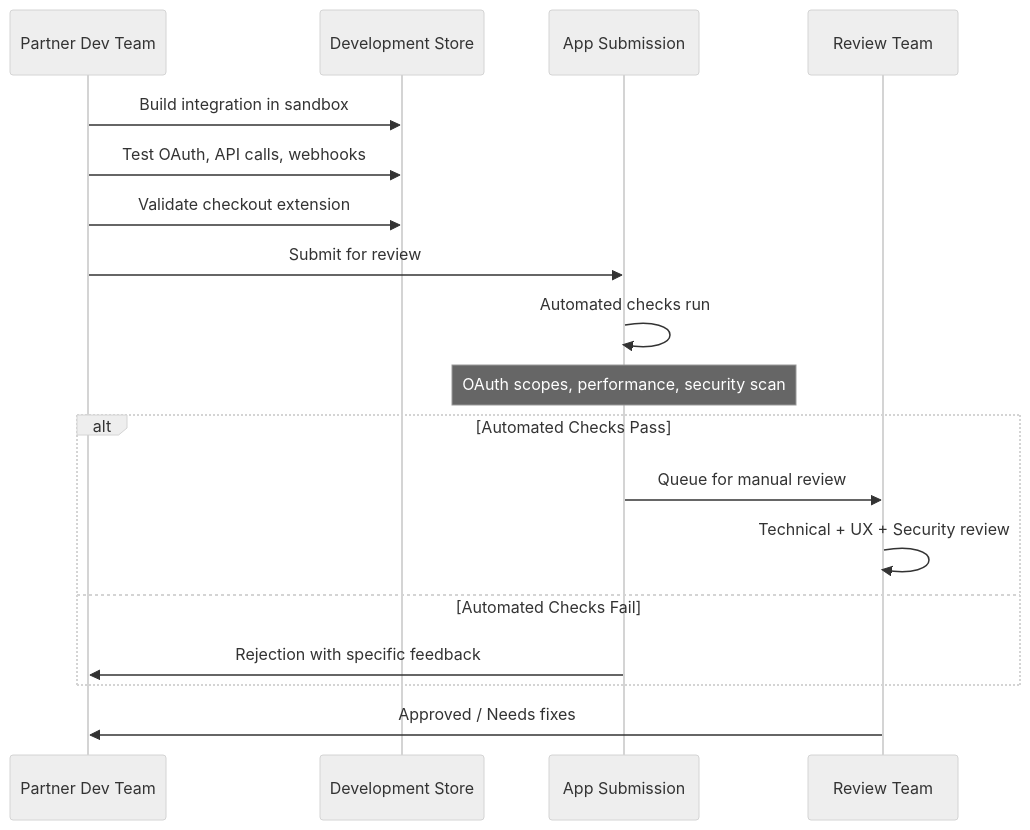
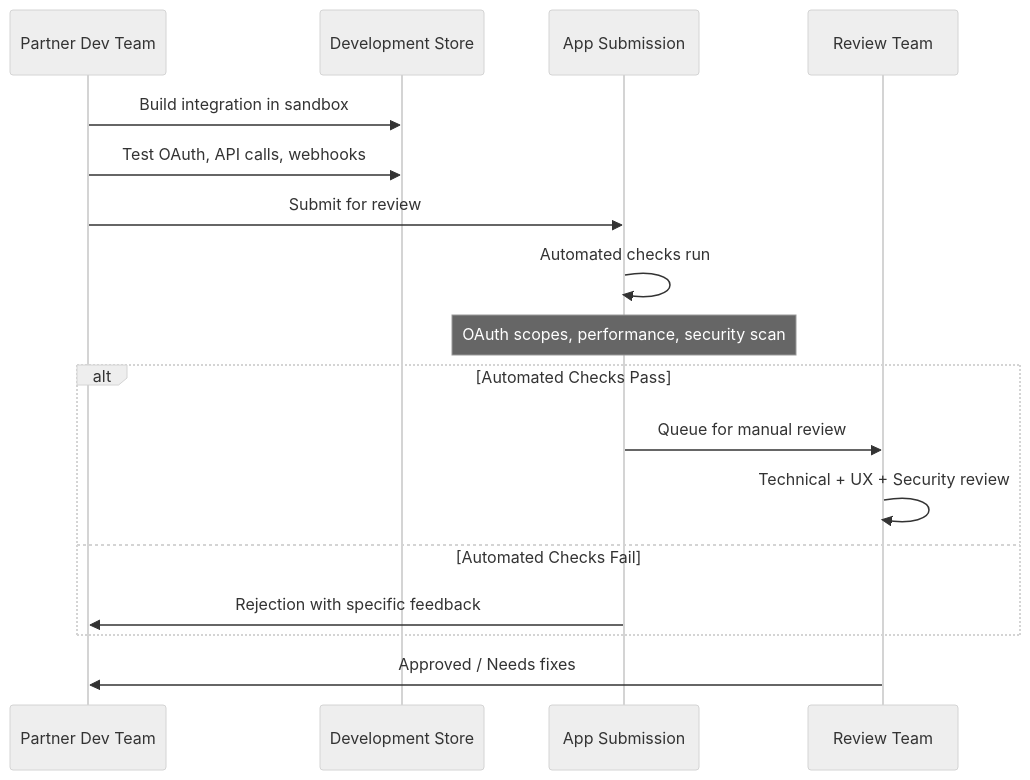
One commit to udaytamma/Cyrus changed the tenth of 10 diagrams in gemini-responses/vendor-management-shopify.md. Above: the diagram before and after it, drawn with Mermaid (neutral theme). The commit also changed other lines of this file and 8 other files, not shown here.

````diff
--- a/gemini-responses/vendor-management-shopify.md
+++ b/gemini-responses/vendor-management-shopify.md
@@ -529,24 +477,23 @@
 ```mermaid
 sequenceDiagram
     participant Partner as Partner Dev Team
     participant Sandbox as Development Store
     participant Submit as App Submission
     participant Review as Review Team
 
     Partner->>Sandbox: Build integration in sandbox
     Partner->>Sandbox: Test OAuth, API calls, webhooks
-    Partner->>Sandbox: Validate checkout extension
 
     Partner->>Submit: Submit for review
     Submit->>Submit: Automated checks run
     Note over Submit: OAuth scopes, performance, security scan
 
     alt Automated Checks Pass
         Submit->>Review: Queue for manual review
         Review->>Review: Technical + UX + Security review
     else Automated Checks Fail
         Submit->>Partner: Rejection with specific feedback
     end
 
     Review->>Partner: Approved / Needs fixes
 ```
````
